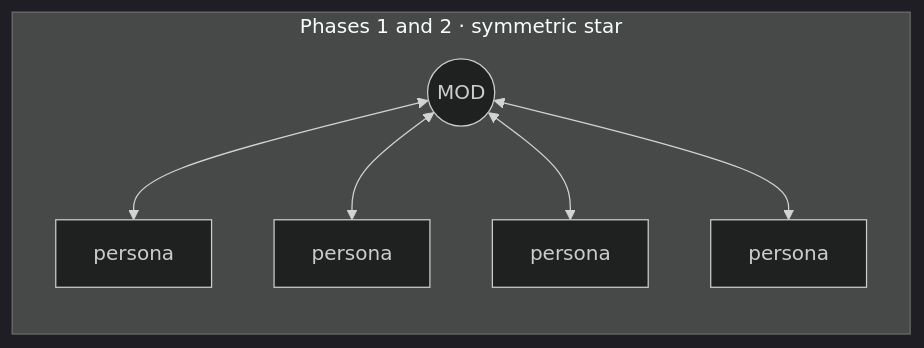
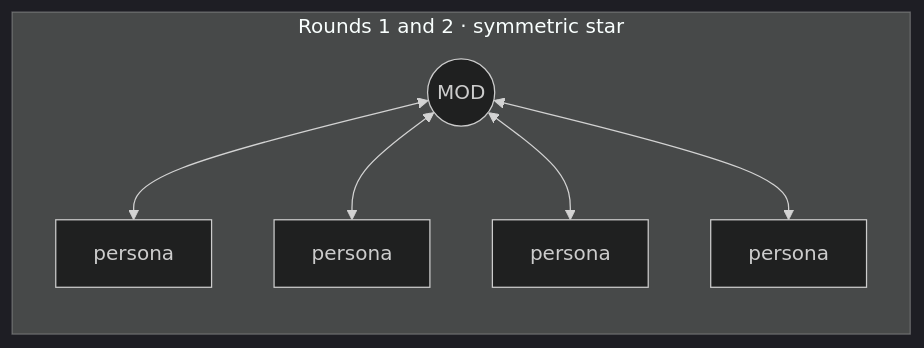
Before and after one commit to bgreg/moe-peer-review: the first of 4 diagrams in docs/conversations.md, drawn with Mermaid (dark theme). The commit also changed other lines of this file and 2 other files, not shown here.

````diff
--- a/docs/conversations.md
+++ b/docs/conversations.md
@@ -14,8 +26,8 @@
 ```mermaid
 flowchart TB
-    subgraph one["Phases 1 and 2 · symmetric star"]
+    subgraph one["Rounds 1 and 2 · symmetric star"]
         direction TB
         M1(("MOD"))
         M1 <--> A1["persona"] & B1["persona"] & C1["persona"] & D1["persona"]
     end
 ```
````
